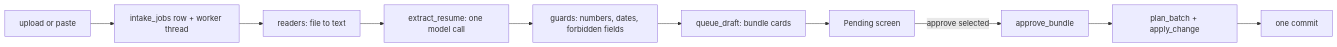
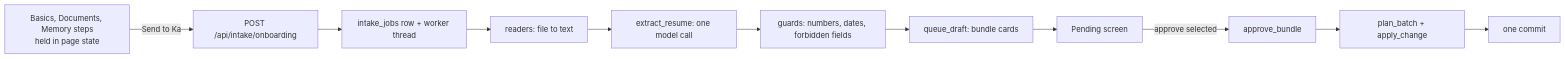
Before and after one commit to sarathkumar365/Ka: the diagram in context/flows/intake.md, drawn with Mermaid. The commit also changed other lines of this file and 34 other files, not shown here.

First line of the commit message:
feat: onboarding sends everything once; the Send button becomes the Ka ring

````diff
--- a/context/flows/intake.md
+++ b/context/flows/intake.md
@@ -5,8 +5,9 @@
 ```mermaid
 flowchart LR
-    U[upload or paste] --> J[intake_jobs row + worker thread]
+    S[Basics, Documents, Memory steps<br/>held in page state] -->|Send to Ka| U[POST /api/intake/onboarding]
+    U --> J[intake_jobs row + worker thread]
     J --> R[readers: file to text] --> E[extract_resume: one model call]
     E --> G[guards: numbers, dates, forbidden fields] --> Q[queue_draft: bundle cards]
     Q --> P[Pending screen]
     P -->|approve selected| A[approve_bundle] --> B[plan_batch + apply_change] --> C[one commit]
 ```
````
